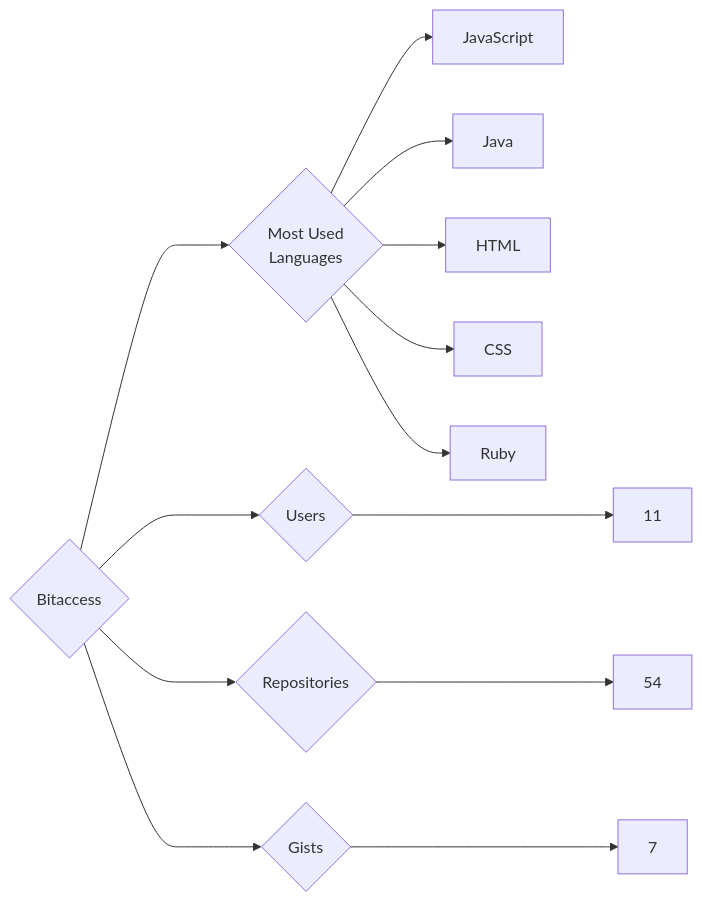
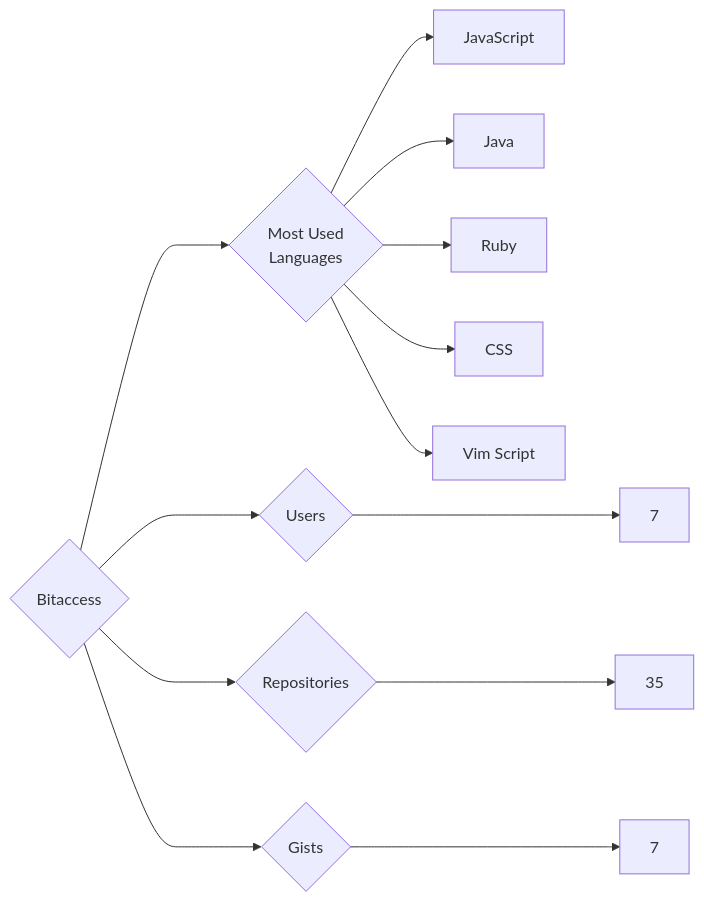
One commit to trickest/insiders changed the diagram in targets/Bitaccess/README.md. Above: the diagram before and after it, drawn with Mermaid. The commit also changed 640 other files, not shown here.

````diff
--- a/targets/Bitaccess/README.md
+++ b/targets/Bitaccess/README.md
@@ -3,13 +3,13 @@
 ```mermaid
 graph LR
 COMPANY_NAME{Bitaccess}
-COMPANY_NAME ---> U{Users} ---> UN[11]
-COMPANY_NAME ---> R{Repositories} ---> RN[54]
+COMPANY_NAME ---> U{Users} ---> UN[7]
+COMPANY_NAME ---> R{Repositories} ---> RN[35]
 COMPANY_NAME ---> G{Gists} ---> GN[7]
 COMPANY_NAME ---> ML{Most Used<br>Languages}
 ML --> JavaScript[JavaScript]
 ML --> Java[Java]
-ML --> HTML[HTML]
+ML --> Ruby[Ruby]
 ML --> CSS[CSS]
-ML --> Ruby[Ruby]
+ML --> Vim_Script[Vim Script]
 ```
````
